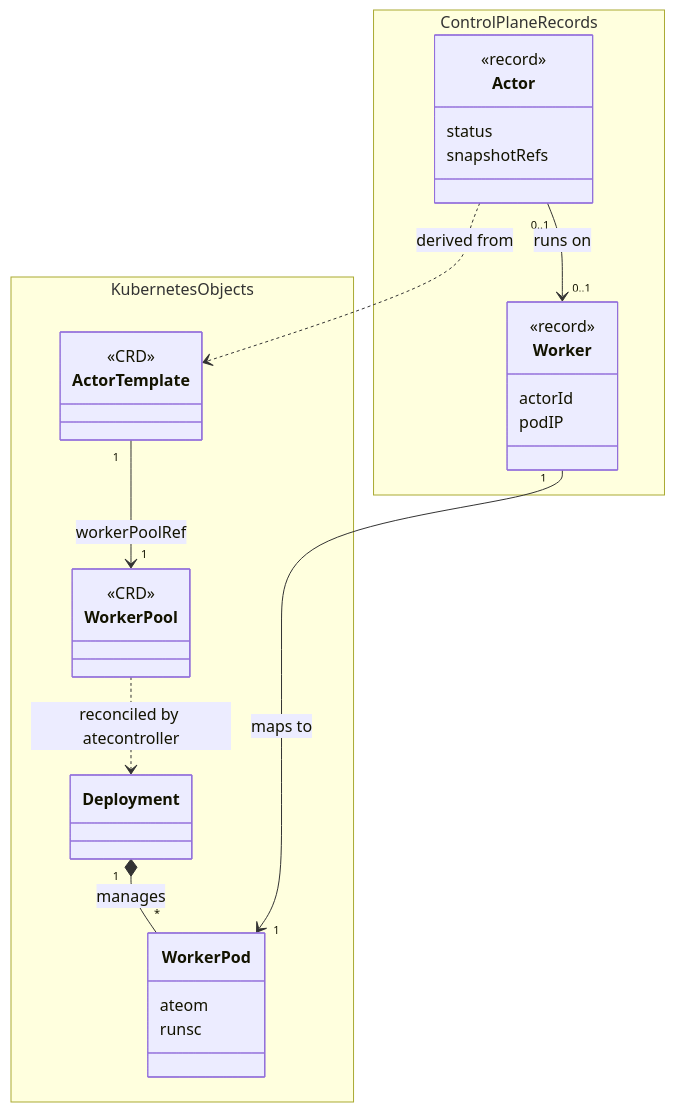
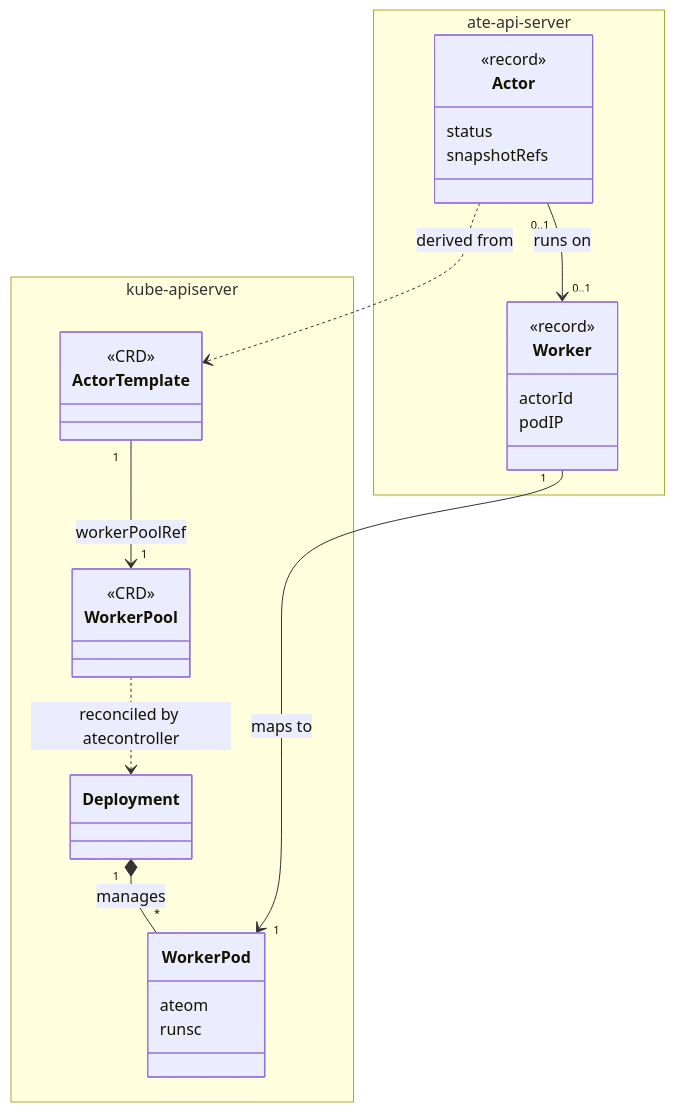
One commit to agent-substrate/substrate changed the first of 3 diagrams in docs/architecture.md. Above: the diagram before and after it, drawn with Mermaid.

Commit message:
docs: name resource-model namespaces by owning server
Rename the class-diagram namespaces from the abstract categories
(KubernetesObjects / ControlPlaneRecords) to the servers that actually
own the records: kube-apiserver (ActorTemplate/WorkerPool CRDs,
Deployment, WorkerPod) and ate-api-server (Actor/Worker, the proto
records persisted in Redis). Per review feedback on #245.

Uses the hyphenated ate-api-server to match the deployed Service and
Deployment, the client dial address, and the rest of this doc, rather
than the ate-apiserver spelling that only appears in an install flag.

````diff
--- a/docs/architecture.md
+++ b/docs/architecture.md
@@ -270,36 +270,36 @@
 ```mermaid
 classDiagram
-    namespace KubernetesObjects {
+    namespace kube-apiserver {
         class ActorTemplate {
             <<CRD>>
         }
         class WorkerPool {
             <<CRD>>
         }
         class Deployment
         class WorkerPod {
             ateom
             runsc
         }
     }
 
-    namespace ControlPlaneRecords {
+    namespace ate-api-server {
         class Actor {
             <<record>>
             status
             snapshotRefs
         }
         class Worker {
             <<record>>
             actorId
             podIP
         }
     }
 
     ActorTemplate "1" --> "1" WorkerPool : workerPoolRef
     WorkerPool ..> Deployment : reconciled by atecontroller
     Deployment "1" *-- "*" WorkerPod : manages
     Actor ..> ActorTemplate : derived from
     Actor "0..1" --> "0..1" Worker : runs on
     Worker "1" --> "1" WorkerPod : maps to
 ```
````
